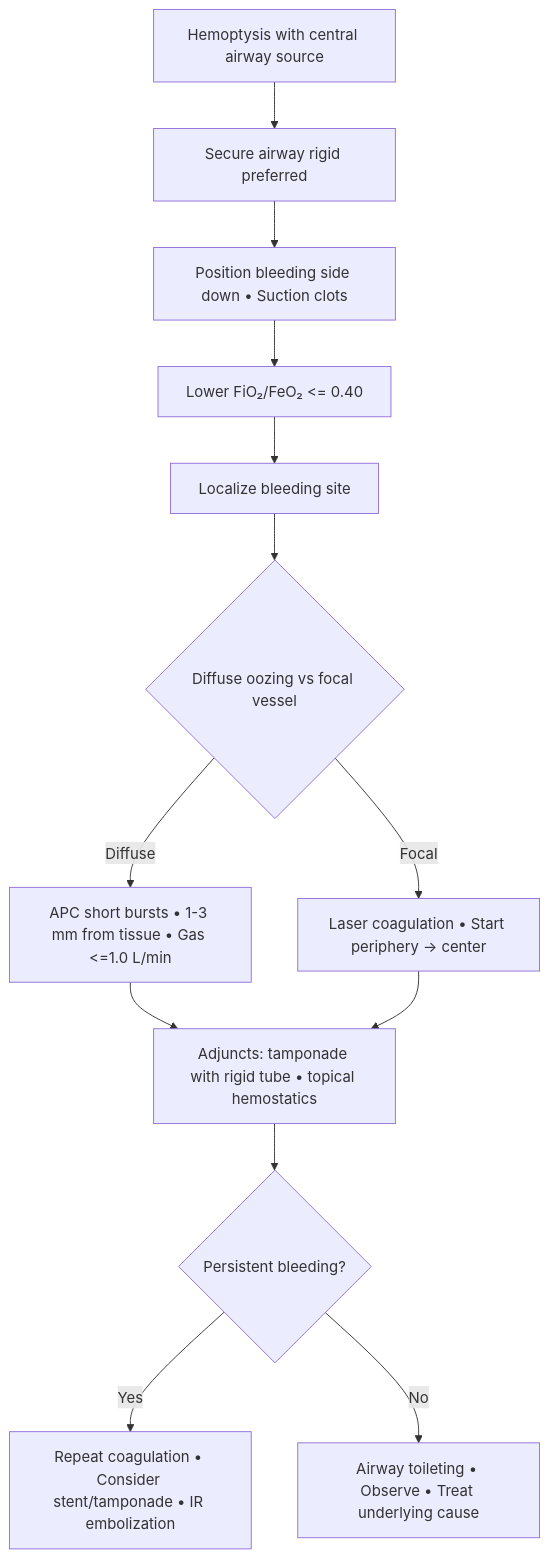
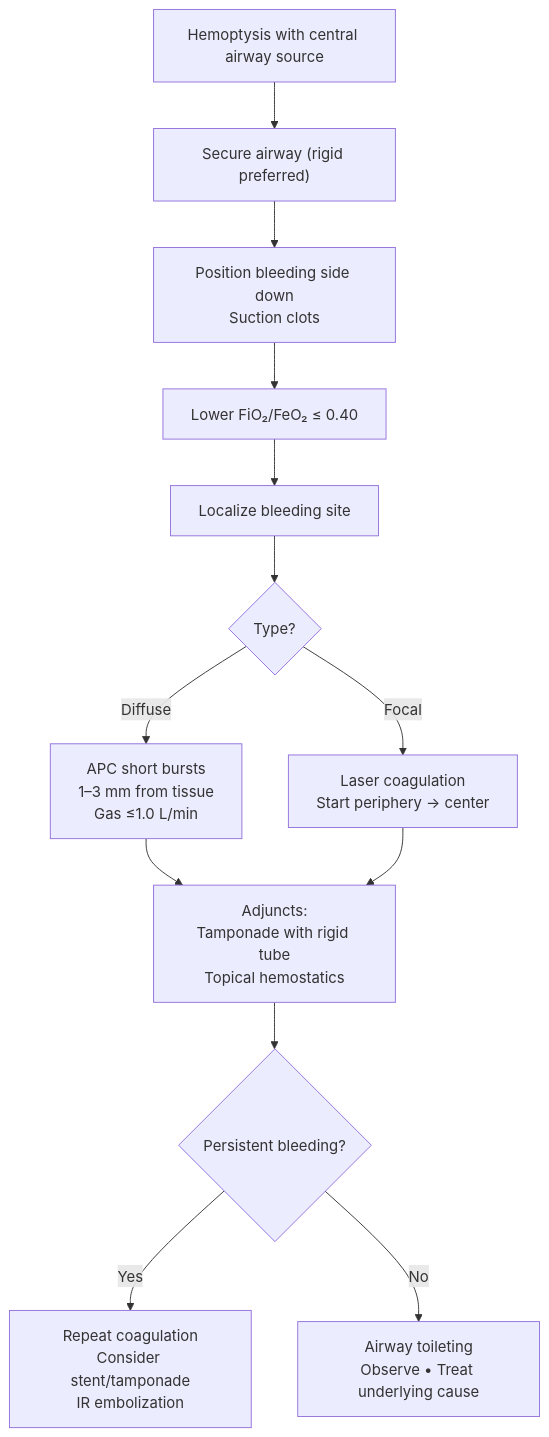
Before and after one commit to russellmiller49/Interventional-Pulm-Education-Project: the second of 2 diagrams in content/modules/board/thermal-ablatitive-therapies.mdx, drawn with Mermaid. The commit also changed other lines of this file and 45 other files, not shown here.

````diff
--- a/content/modules/board/thermal-ablatitive-therapies.mdx
+++ b/content/modules/board/thermal-ablatitive-therapies.mdx
@@ -248,15 +194,24 @@
 ```mermaid
-flowchart TD
-A[Hemoptysis with central airway source] --> B[Secure airway rigid preferred]
-B --> C[Position bleeding side down • Suction clots]
-C --> D[Lower FiO₂/FeO₂ &lt;= 0.40]
-D --> E[Localize bleeding site]
-E --> F{Diffuse oozing vs focal vessel}
-F -->|Diffuse| G[APC short bursts • 1-3 mm from tissue • Gas &lt;=1.0 L/min]
-F -->|Focal| H[Laser coagulation • Start periphery → center]
-G --> I[Adjuncts: tamponade with rigid tube • topical hemostatics]
-H --> I
-I --> J{Persistent bleeding?}
-J -->|Yes| K[Repeat coagulation • Consider stent/tamponade • IR embolization]
-J -->|No| L[Airway toileting • Observe • Treat underlying cause]
+graph TD
+        A["Hemoptysis with central airway source"] --> B["Secure airway (rigid preferred)"]
+        B --> C["Position bleeding side down
+Suction clots"]
+        C --> D["Lower FiO₂/FeO₂ ≤ 0.40"]
+        D --> E["Localize bleeding site"]
+        E --> F{"Type?"}
+        F -- Diffuse --> G["APC short bursts
+1–3 mm from tissue
+Gas ≤1.0 L/min"]
+        F -- Focal --> H["Laser coagulation
+Start periphery → center"]
+        G --> I["Adjuncts:
+Tamponade with rigid tube
+Topical hemostatics"]
+        H --> I
+        I --> J{"Persistent bleeding?"}
+        J -- Yes --> K["Repeat coagulation
+Consider stent/tamponade
+IR embolization"]
+        J -- No --> L["Airway toileting
+Observe • Treat underlying cause"]
 ```
````
